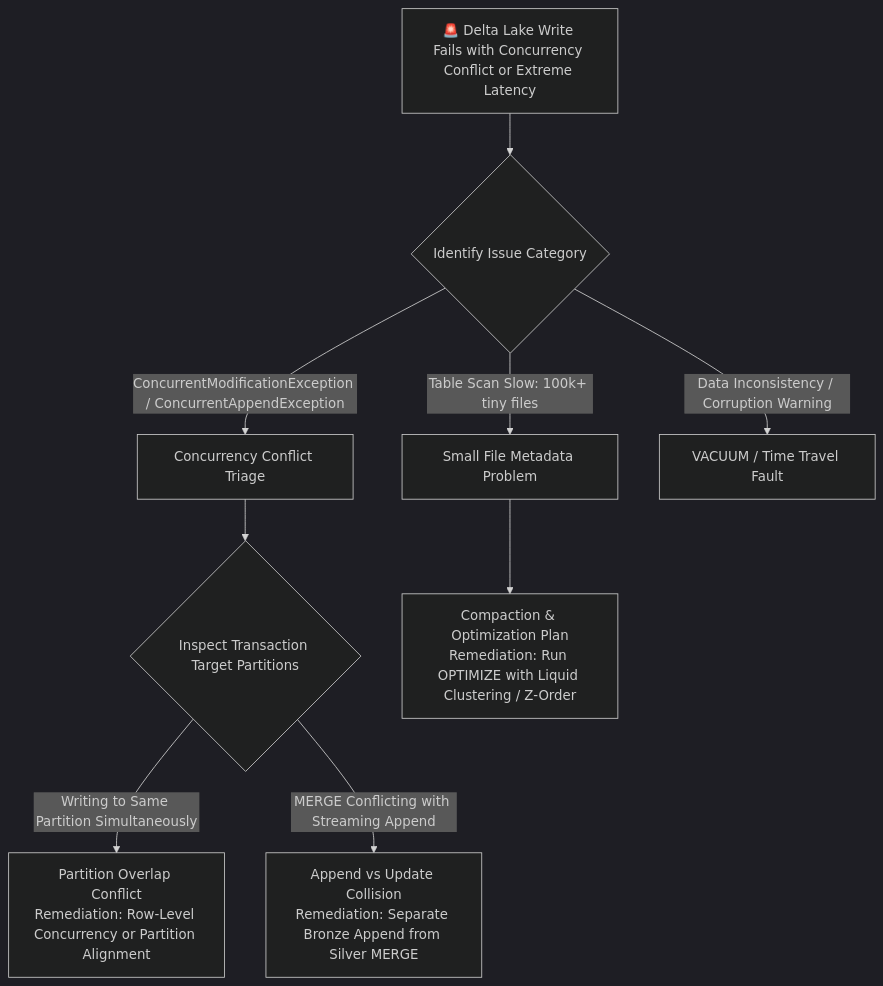
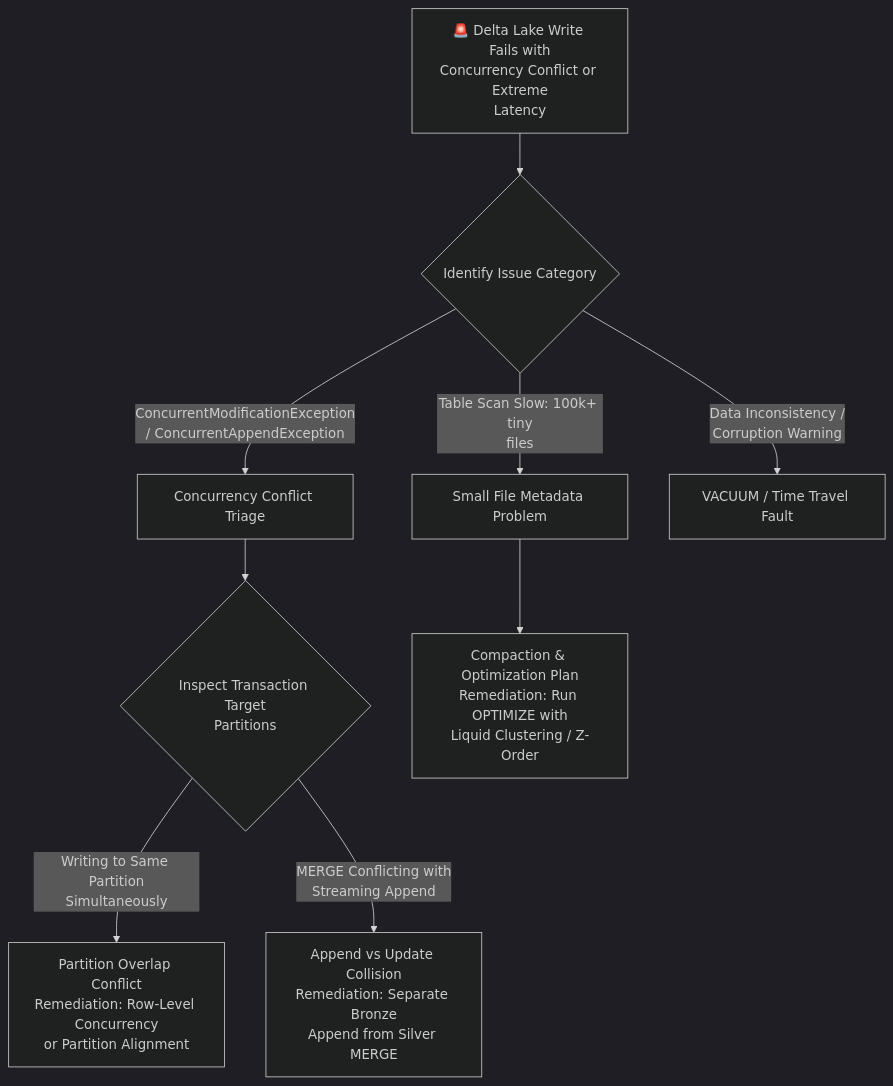
The diagram in runbooks/05_delta_acid_concurrency_and_metadata_bottlenecks.md (santoshjammi29/pyspark-handbook), drawn with Mermaid (dark theme) before and after one commit. The commit also changed 14 other files, not shown here.

Commit message:
fix(diagrams): word-wrap labels and escape comparison operators across all diagrams

````diff
--- a/runbooks/05_delta_acid_concurrency_and_metadata_bottlenecks.md
+++ b/runbooks/05_delta_acid_concurrency_and_metadata_bottlenecks.md
@@ -11,14 +11,14 @@
 ```mermaid
 flowchart TD
-    DeltaAlert["🚨 Delta Lake Write Fails with Concurrency Conflict or Extreme Latency"] --> ClassifyIssue{"Identify Issue Category"}
+    DeltaAlert["🚨 Delta Lake Write Fails with<br/>Concurrency Conflict or Extreme<br/>Latency"] --> ClassifyIssue{"Identify Issue Category"}
 
-    ClassifyIssue -->|"ConcurrentModificationException / ConcurrentAppendException"| ConcurrencyTriage["Concurrency Conflict Triage"]
-    ClassifyIssue -->|"Table Scan Slow: 100k+ tiny files"| SmallFileTriage["Small File Metadata Problem"]
-    ClassifyIssue -->|"Data Inconsistency / Corruption Warning"| VacuumTriage["VACUUM / Time Travel Fault"]
+    ClassifyIssue -->|"ConcurrentModificationException<br/>/ ConcurrentAppendException"| ConcurrencyTriage["Concurrency Conflict Triage"]
+    ClassifyIssue -->|"Table Scan Slow: 100k+ tiny<br/>files"| SmallFileTriage["Small File Metadata Problem"]
+    ClassifyIssue -->|"Data Inconsistency /<br/>Corruption Warning"| VacuumTriage["VACUUM / Time Travel Fault"]
 
-    ConcurrencyTriage --> CheckConflictType{"Inspect Transaction Target Partitions"}
-    CheckConflictType -->|"Writing to Same Partition Simultaneously"| PartitionPruning["Partition Overlap Conflict<br/>Remediation: Row-Level Concurrency or Partition Alignment"]
-    CheckConflictType -->|"MERGE Conflicting with Streaming Append"| SegregatePipelines["Append vs Update Collision<br/>Remediation: Separate Bronze Append from Silver MERGE"]
+    ConcurrencyTriage --> CheckConflictType{"Inspect Transaction Target<br/>Partitions"}
+    CheckConflictType -->|"Writing to Same Partition<br/>Simultaneously"| PartitionPruning["Partition Overlap Conflict<br/>Remediation: Row-Level Concurrency<br/>or Partition Alignment"]
+    CheckConflictType -->|"MERGE Conflicting with<br/>Streaming Append"| SegregatePipelines["Append vs Update Collision<br/>Remediation: Separate Bronze<br/>Append from Silver MERGE"]
 
-    SmallFileTriage --> CompactionPlan["Compaction & Optimization Plan<br/>Remediation: Run OPTIMIZE with Liquid Clustering / Z-Order"]
+    SmallFileTriage --> CompactionPlan["Compaction & Optimization Plan<br/>Remediation: Run OPTIMIZE with<br/>Liquid Clustering / Z-Order"]
 ```
````
